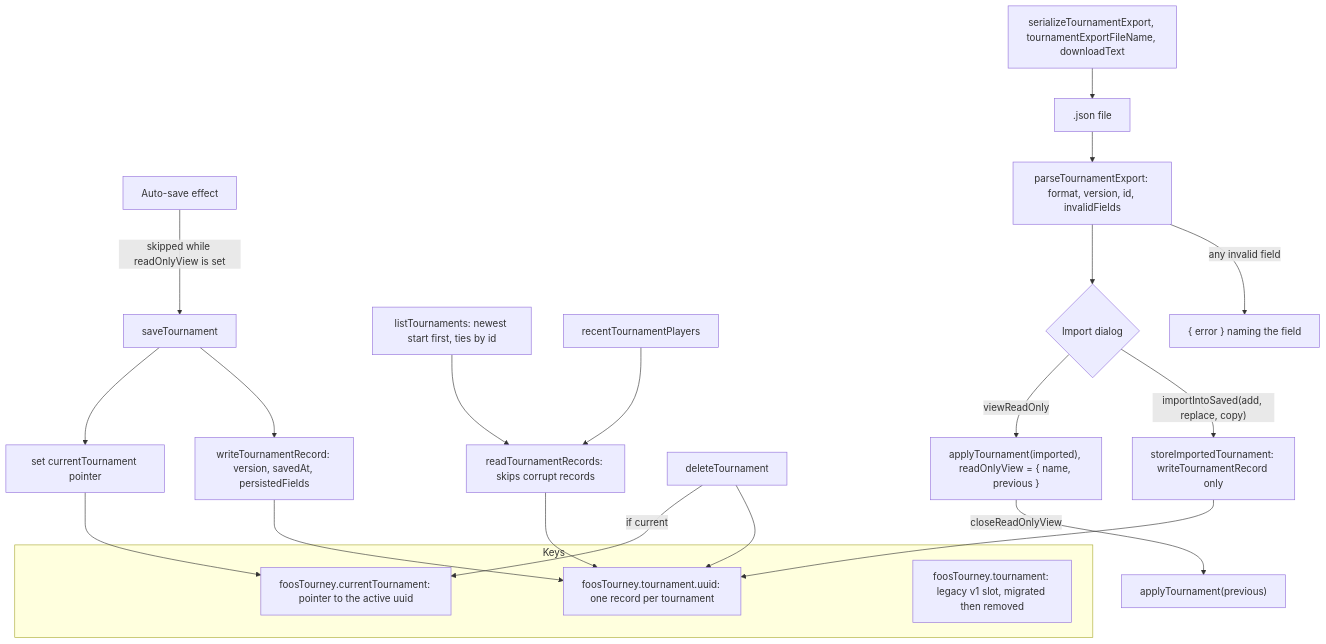
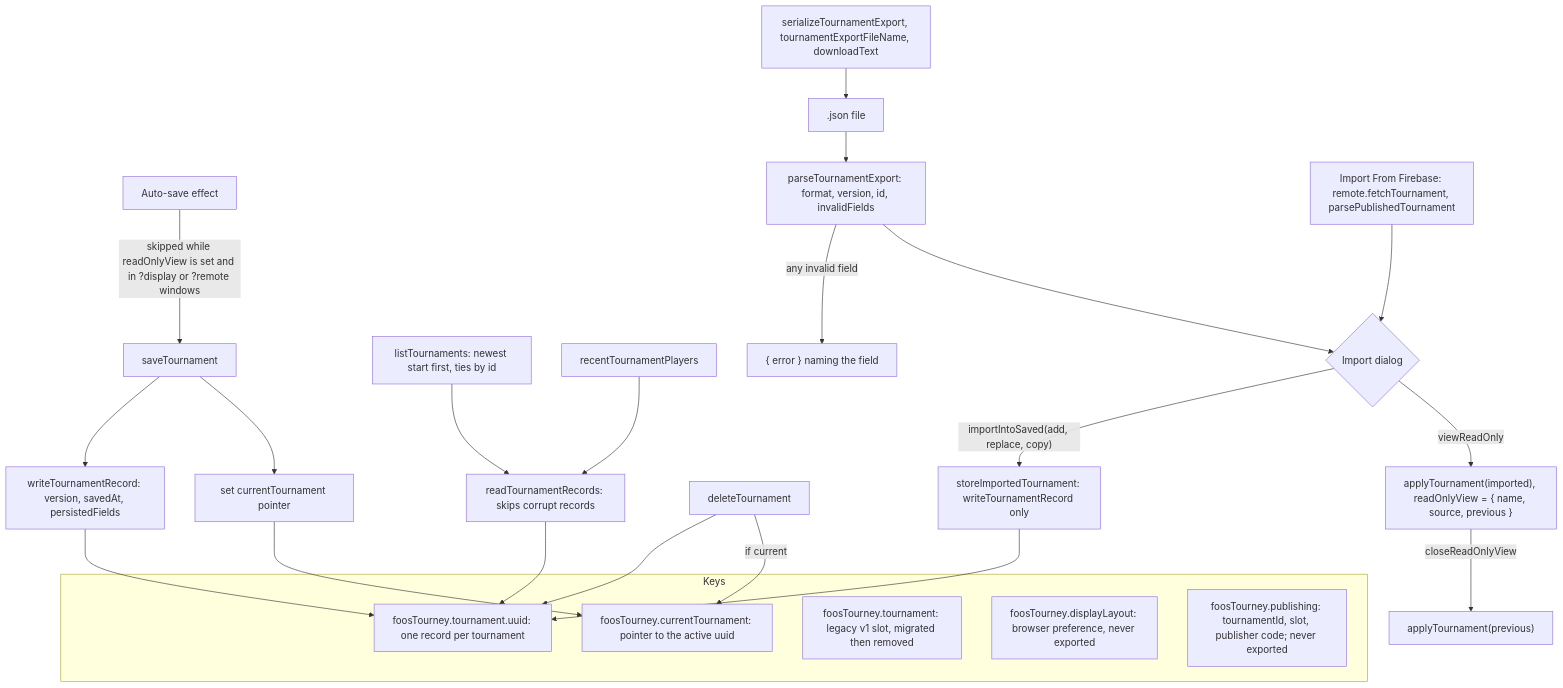
Before and after one commit to DT209/foos-tourney: the ninth of 12 diagrams in .claude/Flow.md, drawn with Mermaid. The commit also changed other lines of this file and 2 other files, not shown here.

First line of the commit message:
Docs: bring README, CLAUDE.md, Flow.md and diagrams up to date

````diff
--- a/.claude/Flow.md
+++ b/.claude/Flow.md
@@ -175,26 +191,29 @@
 ```mermaid
 flowchart TD
     subgraph Keys
         K1["foosTourney.tournament.uuid: one record per tournament"]
         K2["foosTourney.currentTournament: pointer to the active uuid"]
         K3["foosTourney.tournament: legacy v1 slot, migrated then removed"]
+        K4["foosTourney.displayLayout: browser preference, never exported"]
+        K5["foosTourney.publishing: tournamentId, slot, publisher code; never exported"]
     end
-    AE["Auto-save effect"] -->|"skipped while readOnlyView is set"| SV["saveTournament"]
+    AE["Auto-save effect"] -->|"skipped while readOnlyView is set and in ?display or ?remote windows"| SV["saveTournament"]
     SV --> WR["writeTournamentRecord: version, savedAt, persistedFields"]
     SV --> PT["set currentTournament pointer"]
     WR --> K1
     PT --> K2
     RR["readTournamentRecords: skips corrupt records"] --> K1
     LT["listTournaments: newest start first, ties by id"] --> RR
     RP["recentTournamentPlayers"] --> RR
     DT["deleteTournament"] --> K1
     DT -->|"if current"| K2
     EXP["serializeTournamentExport, tournamentExportFileName, downloadText"] --> FILE[".json file"]
     FILE --> PARSE["parseTournamentExport: format, version, id, invalidFields"]
     PARSE -->|"any invalid field"| REJ["{ error } naming the field"]
     PARSE --> RV{"Import dialog"}
     RV -- "importIntoSaved(add, replace, copy)" --> ST["storeImportedTournament: writeTournamentRecord only"]
     ST --> K1
-    RV -- "viewReadOnly" --> RO["applyTournament(imported), readOnlyView = { name, previous }"]
+    FBI["Import From Firebase: remote.fetchTournament, parsePublishedTournament"] --> RV
+    RV -- "viewReadOnly" --> RO["applyTournament(imported), readOnlyView = { name, source, previous }"]
     RO -->|"closeReadOnlyView"| PR["applyTournament(previous)"]
 ```
````
